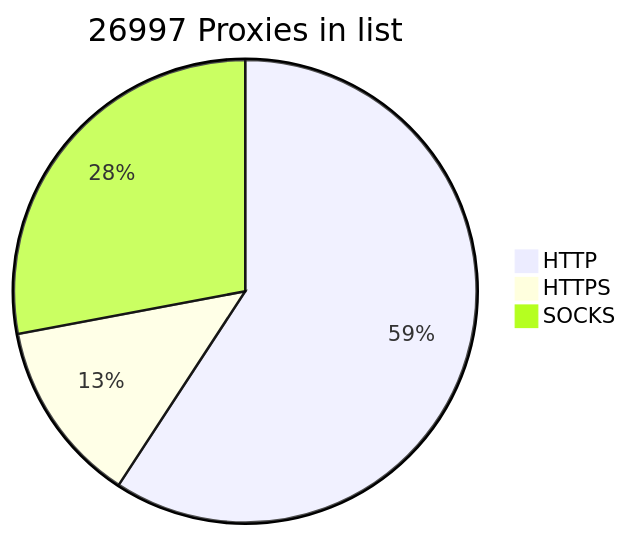
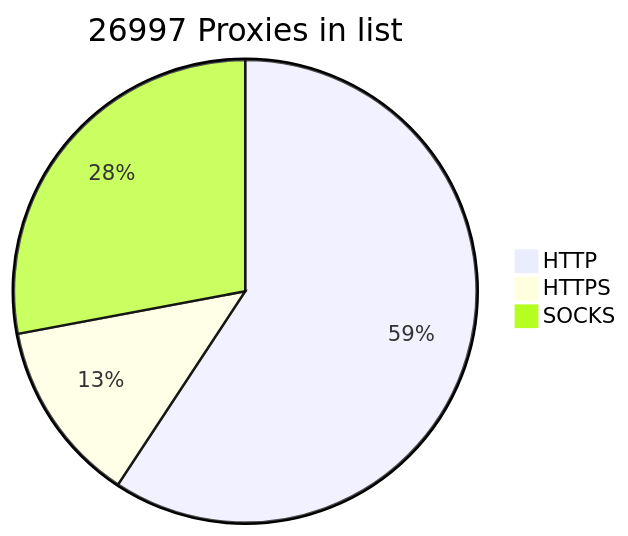
The diagram in README.md (BlackSnowDot/proxylist-update-every-minute), drawn with Mermaid before and after one commit.

````diff
--- a/README.md
+++ b/README.md
@@ -2,6 +2,6 @@
 ```mermaid
 pie title 26997 Proxies in list
-    "HTTP" : 17594
-    "HTTPS": 3815
+    "HTTP" : 17611
+    "HTTPS": 3800
     "SOCKS" : 8306
 ```
````
